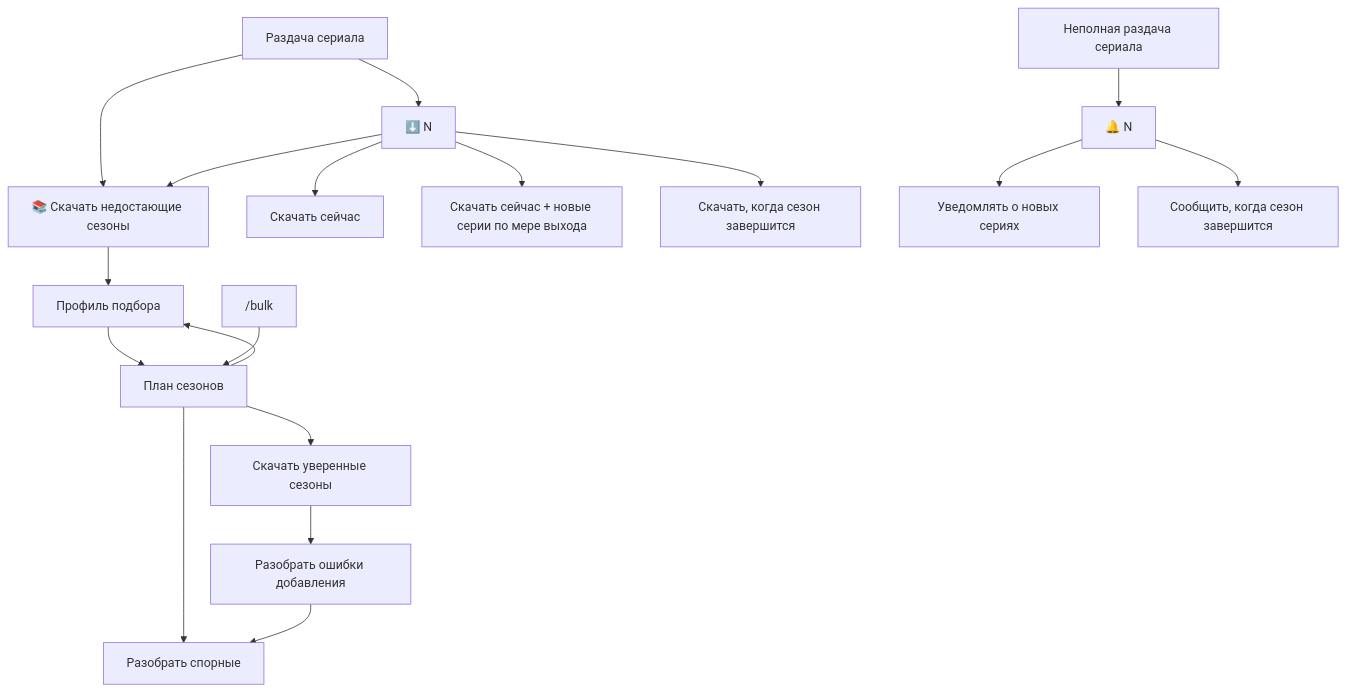
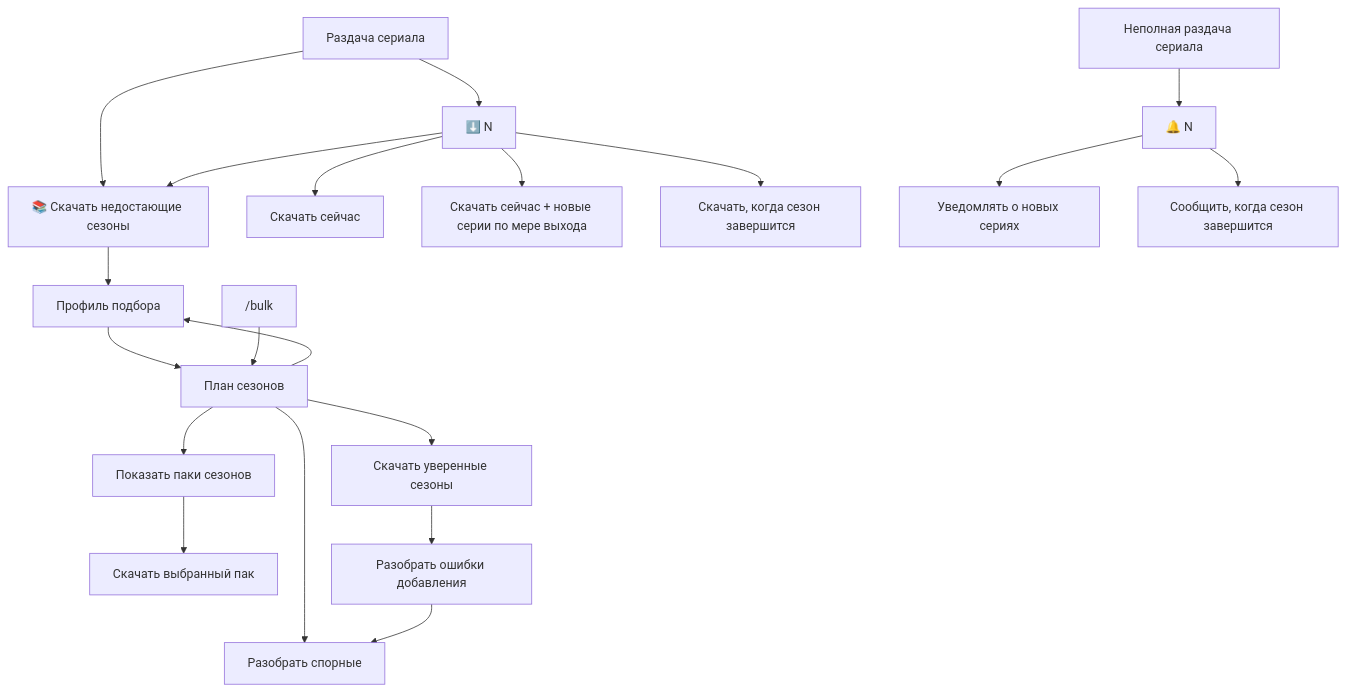
One commit to KiMorev/tg-torrent-bot changed the second of 3 diagrams in README.md. Above: the diagram before and after it, drawn with Mermaid. The commit also changed other lines of this file and 4 other files, not shown here.

````diff
--- a/README.md
+++ b/README.md
@@ -94,20 +94,22 @@
 ```mermaid
 flowchart TD
     result["Раздача сериала"] --> download["⬇️ N"]
     result --> bulk["📚 Скачать недостающие сезоны"]
     partial["Неполная раздача сериала"] --> notify["🔔 N"]
     download --> now["Скачать сейчас"]
     download --> bulk
     bulk --> profile["Профиль подбора"]
     profile --> plan["План сезонов"]
     saved["/bulk"] --> plan
     plan --> profile
     plan --> confident["Скачать уверенные сезоны"]
     plan --> review["Разобрать спорные"]
+    plan --> packs["Показать паки сезонов"]
+    packs --> pack_download["Скачать выбранный пак"]
     confident --> retry["Разобрать ошибки добавления"]
     retry --> review
     download --> now_updates["Скачать сейчас + новые серии по мере выхода"]
     download --> wait_full["Скачать, когда сезон завершится"]
     notify --> each["Уведомлять о новых сериях"]
     notify --> final["Сообщить, когда сезон завершится"]
 ```
````
